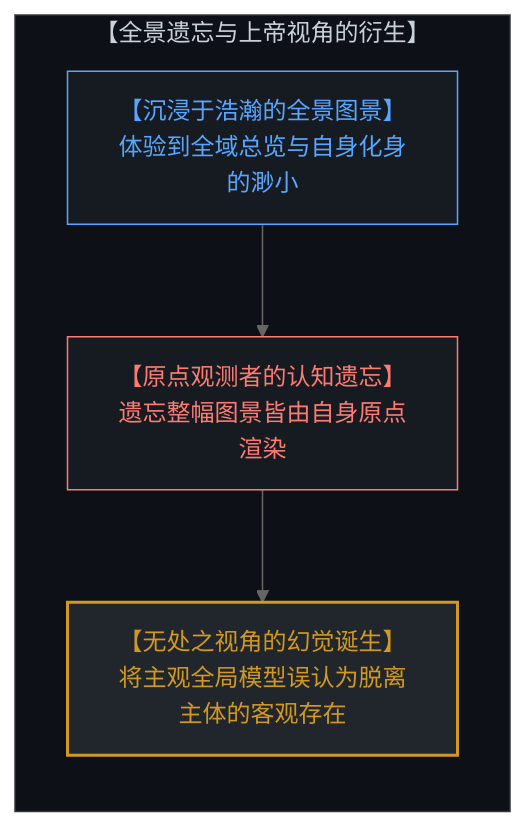
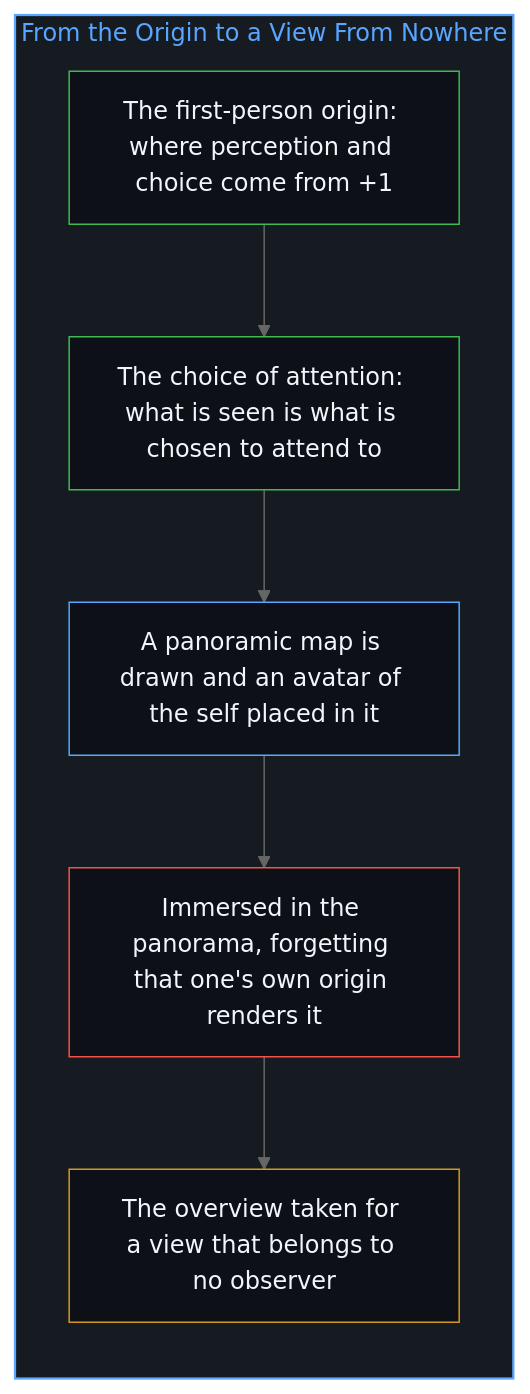
The second of 12 diagrams in content/posts/the-origin-of-god-and-the-flattening-of-we.md (powerpig99/not-a-toe), drawn with Mermaid (neutral theme) before and after one commit. The commit also changed other lines of this file and 2 other files, not shown here.

Commit message:
Refine the-origin-of-god: alternating bilingual layout, six paired diagrams, the overview as a reading, implicit first person

````diff
--- a/content/posts/the-origin-of-god-and-the-flattening-of-we.md
+++ b/content/posts/the-origin-of-god-and-the-flattening-of-we.md
@@ -33,15 +42,22 @@
 ```mermaid
-graph TD
-    subgraph BlindspotMechanism["【全景遗忘与上帝视角的衍生】"]
+flowchart TD
+    subgraph S_Overview["From the Origin to a View From Nowhere"]
         direction TB
-        TotalPanorama["【沉浸于浩瀚的全景图景】<br>体验到全域总览与自身化身的渺小"]
-        ObserverAmnesia["【原点观测者的认知遗忘】<br>遗忘整幅图景皆由自身原点渲染"]
-        GodsEyeView["【无处之视角的幻觉诞生】<br>将主观全局模型误认为脱离主体的客观存在"]
-        TotalPanorama --> ObserverAmnesia
-        ObserverAmnesia --> GodsEyeView
+        Origin["The first-person origin: where perception and choice come from +1"]
+        Attend["The choice of attention: what is seen is what is chosen to attend to"]
+        Map["A panoramic map is drawn and an avatar of the self placed in it"]
+        Forget["Immersed in the panorama, forgetting that one's own origin renders it"]
+        Nowhere["The overview taken for a view that belongs to no observer"]
+        Origin --> Attend
+        Attend --> Map
+        Map --> Forget
+        Forget --> Nowhere
     end
-    style BlindspotMechanism fill:#0d1117,stroke:#30363d,stroke-width:1px,color:#c9d1d9
-    style TotalPanorama fill:#161b22,stroke:#58a6ff,stroke-width:1px,color:#58a6ff
-    style ObserverAmnesia fill:#161b22,stroke:#ff7b72,stroke-width:1px,color:#ff7b72
-    style GodsEyeView fill:#21262d,stroke:#d29922,stroke-width:2px,color:#d29922
+
+    style S_Overview fill:#161b22,stroke:#58a6ff,stroke-width:1.5px,color:#58a6ff
+    style Origin fill:#0d1117,stroke:#3fb950,stroke-width:1px,color:#f0f6fc
+    style Attend fill:#0d1117,stroke:#3fb950,stroke-width:1px,color:#f0f6fc
+    style Map fill:#0d1117,stroke:#58a6ff,stroke-width:1px,color:#f0f6fc
+    style Forget fill:#0d1117,stroke:#f85149,stroke-width:1px,color:#f0f6fc
+    style Nowhere fill:#0d1117,stroke:#d29922,stroke-width:1px,color:#f0f6fc
 ```
````
